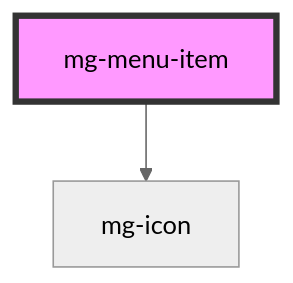
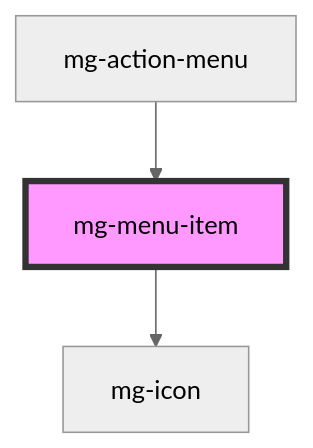
The diagram in src/components/molecules/menu/mg-menu-item/readme.md (MGDIS/mg-components), drawn with Mermaid (neutral theme) before and after one commit. The commit also changed other lines of this file and 37 other files, not shown here.

First line of the commit message:
feat(mgActionMenu): manage buttons

````diff
--- a/src/components/molecules/menu/mg-menu-item/readme.md
+++ b/src/components/molecules/menu/mg-menu-item/readme.md
@@ -203,5 +207,6 @@
 ```mermaid
 graph TD;
   mg-menu-item --> mg-icon
+  mg-action-menu --> mg-menu-item
   style mg-menu-item fill:#f9f,stroke:#333,stroke-width:4px
 ```
````
